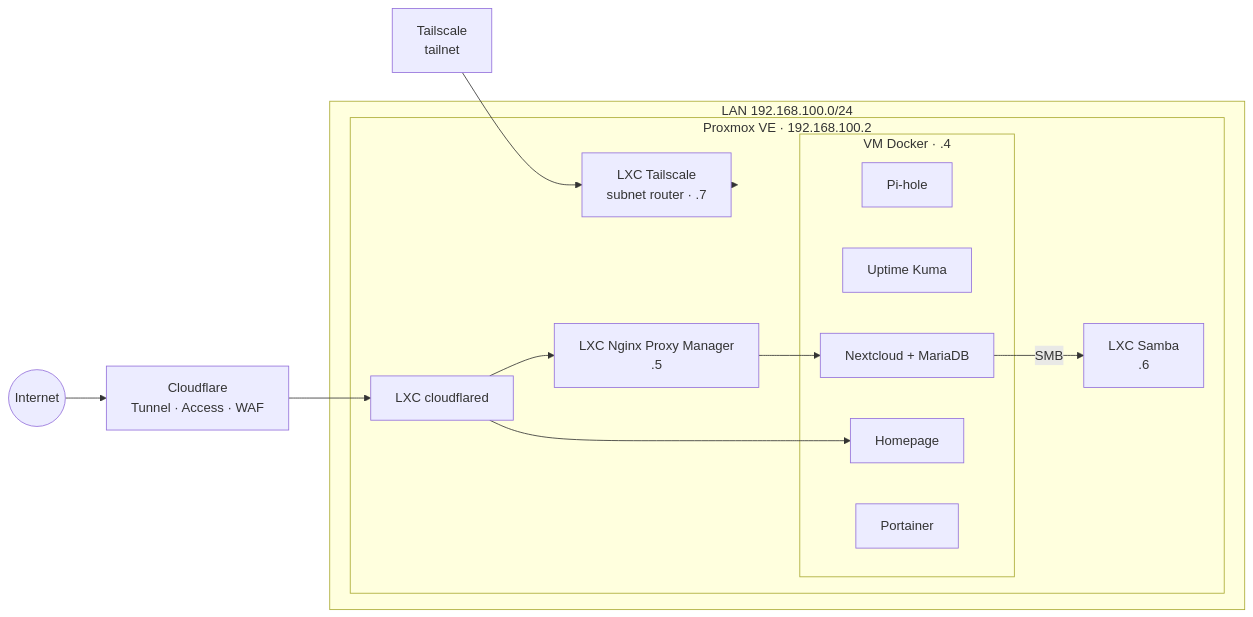
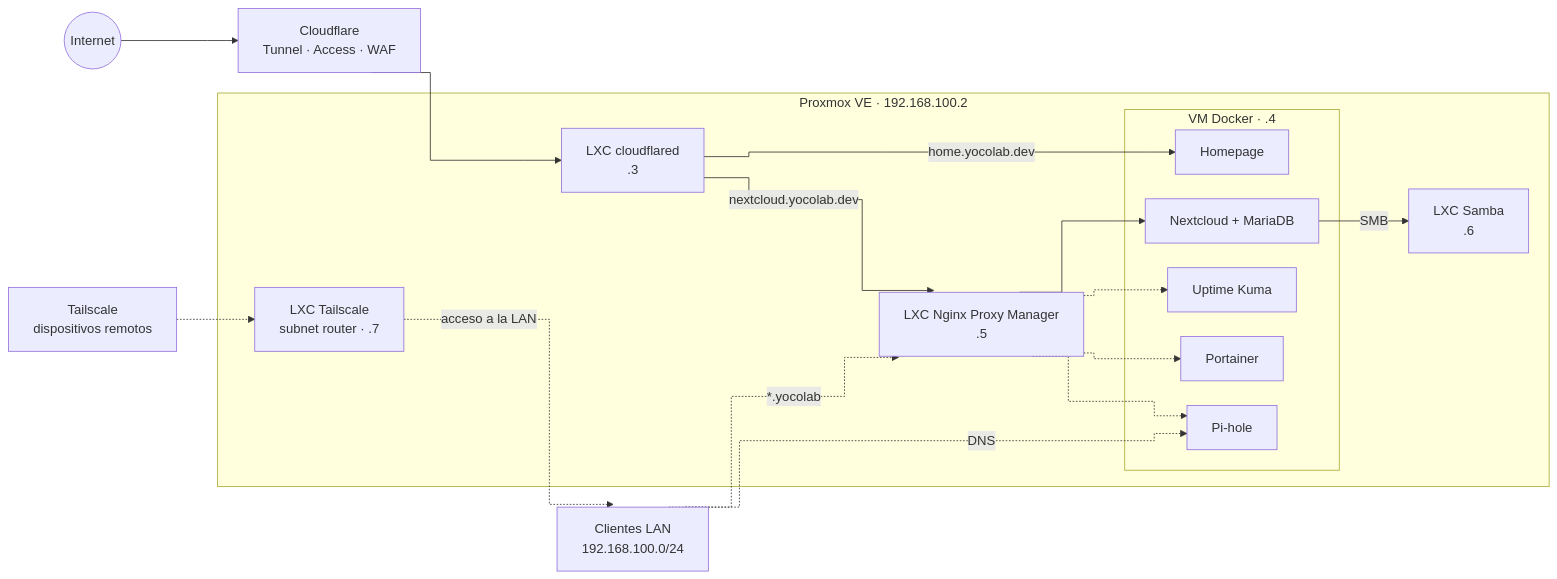
Before and after one commit to Yocq/homelab-docs: the diagram in README.md, drawn with Mermaid. The commit also changed other lines of this file and 1 other file, not shown here.

Commit message:
docs/vm-docker

````diff
--- a/README.md
+++ b/README.md
@@ -11,28 +13,32 @@
 ```mermaid
+%%{init: {"flowchart": {"curve": "step", "nodeSpacing": 30, "rankSpacing": 50}}}%%
 flowchart LR
     internet((Internet))
-    cf[Cloudflare<br/>Tunnel · Access · WAF]
-    ts[Tailscale<br/>tailnet]
+    cf["Cloudflare<br/>Tunnel · Access · WAF"]
+    ts["Tailscale<br/>dispositivos remotos"]
 
-    subgraph lan[LAN 192.168.100.0/24]
-        subgraph pve[Proxmox VE · 192.168.100.2]
-            cfd[LXC cloudflared]
-            npm[LXC Nginx Proxy Manager<br/>.5]
-            tsr[LXC Tailscale<br/>subnet router · .7]
-            smb[LXC Samba<br/>.6]
-            subgraph vm[VM Docker · .4]
-                pihole[Pi-hole]
-                kuma[Uptime Kuma]
-                nc[Nextcloud + MariaDB]
-                home[Homepage]
-                port[Portainer]
-            end
+    clientes["Clientes LAN<br/>192.168.100.0/24"]
+    subgraph pve["Proxmox VE · 192.168.100.2"]
+        cfd["LXC cloudflared<br/>.3"]
+        npm["LXC Nginx Proxy Manager<br/>.5"]
+        tsr["LXC Tailscale<br/>subnet router · .7"]
+        smb["LXC Samba<br/>.6"]
+        subgraph vm["VM Docker · .4"]
+            home[Homepage]
+            nc["Nextcloud + MariaDB"]
+            kuma[Uptime Kuma]
+            port[Portainer]
+            pihole[Pi-hole]
         end
     end
 
-    internet --> cf --> cfd --> npm
+    internet --> cf --> cfd
+    cfd -->|home.yocolab.dev| home
+    cfd -->|nextcloud.yocolab.dev| npm
     npm --> nc
-    cfd --> home
-    ts --> tsr --> lan
-    nc -- SMB --> smb
+    nc -->|SMB| smb
+    clientes -.->|"*.yocolab"| npm
+    npm -.-> kuma & port & pihole
+    clientes -.->|DNS| pihole
+    ts -.-> tsr -.->|acceso a la LAN| clientes
 ```
````
